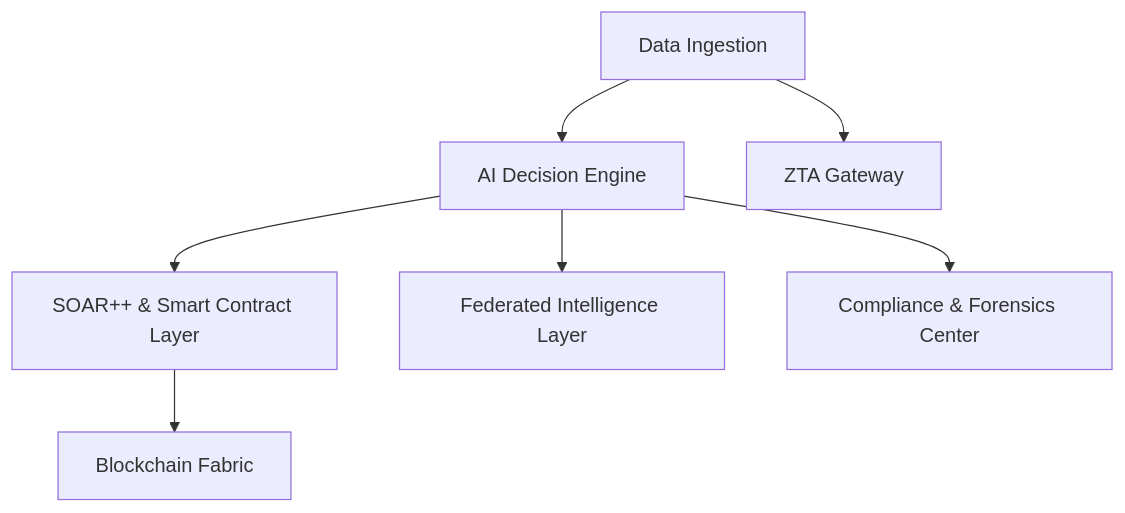
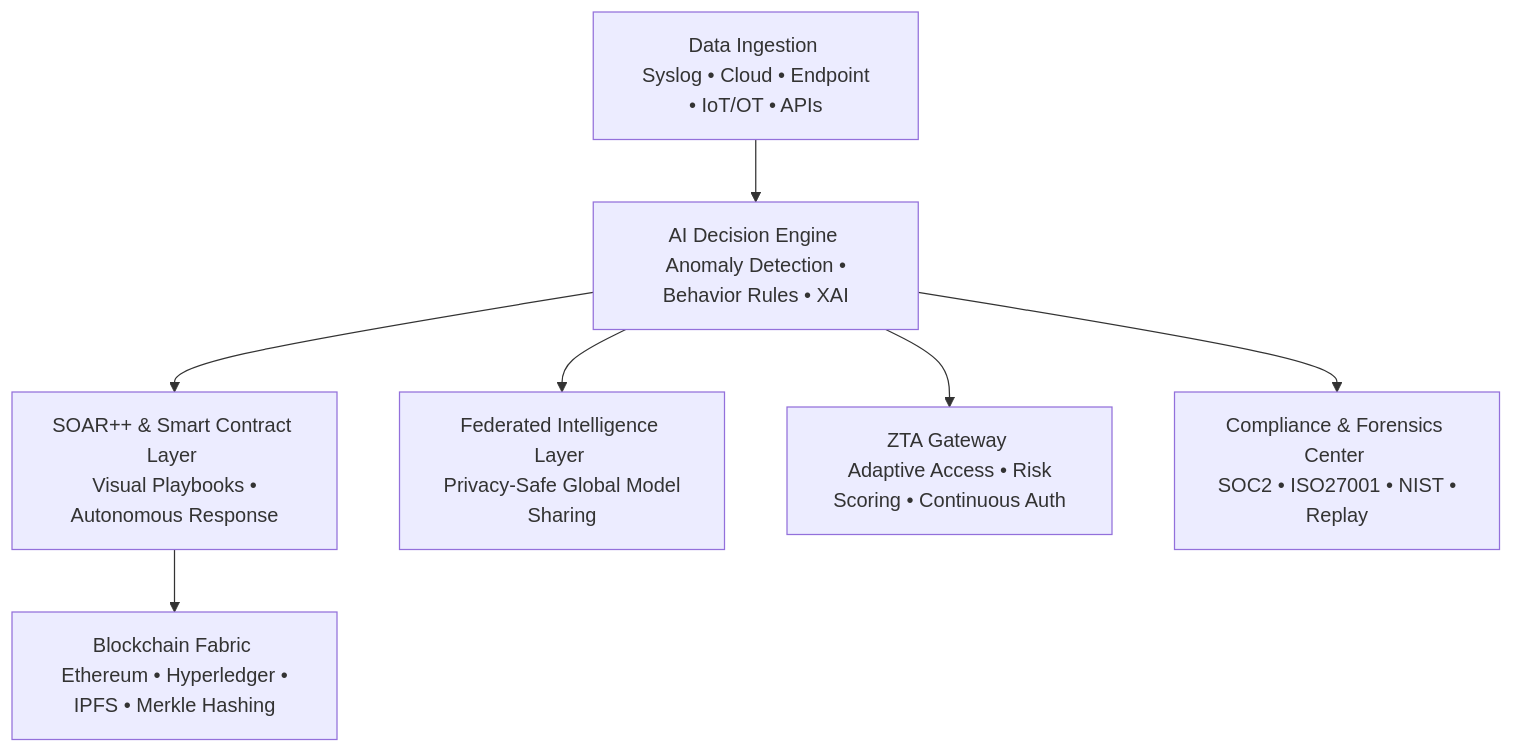
Before and after one commit to wangyanjun7954/CyberDefenseX_demo: the diagram in README.md, drawn with Mermaid. The commit also changed other lines of this file, not shown here.

````diff
--- a/README.md
+++ b/README.md
@@ -22,9 +57,20 @@
 ```mermaid
 flowchart TD
-    A[Data Ingestion] --> B[AI Decision Engine]
-    B --> C[SOAR++ & Smart Contract Layer]
-    C --> D[Blockchain Fabric]
-    B --> E[Federated Intelligence Layer]
-    A --> F[ZTA Gateway]
-    B --> G[Compliance & Forensics Center]
+    A[Data Ingestion <br/> Syslog • Cloud • Endpoint • IoT/OT • APIs]
+    B[AI Decision Engine <br/> Anomaly Detection • Behavior Rules • XAI]
+    C[SOAR++ & Smart Contract Layer <br/> Visual Playbooks • Autonomous Response]
+    D[Blockchain Fabric <br/> Ethereum • Hyperledger • IPFS • Merkle Hashing]
+    E[Federated Intelligence Layer <br/> Privacy-Safe Global Model Sharing]
+    F[ZTA Gateway <br/> Adaptive Access • Risk Scoring • Continuous Auth]
+    G[Compliance & Forensics Center <br/> SOC2 • ISO27001 • NIST • Replay]
+
+    A --> B
+    B --> C
+    C --> D
+    B --> E
+    B --> F
+    B --> G
+
+
+
 ```
````
